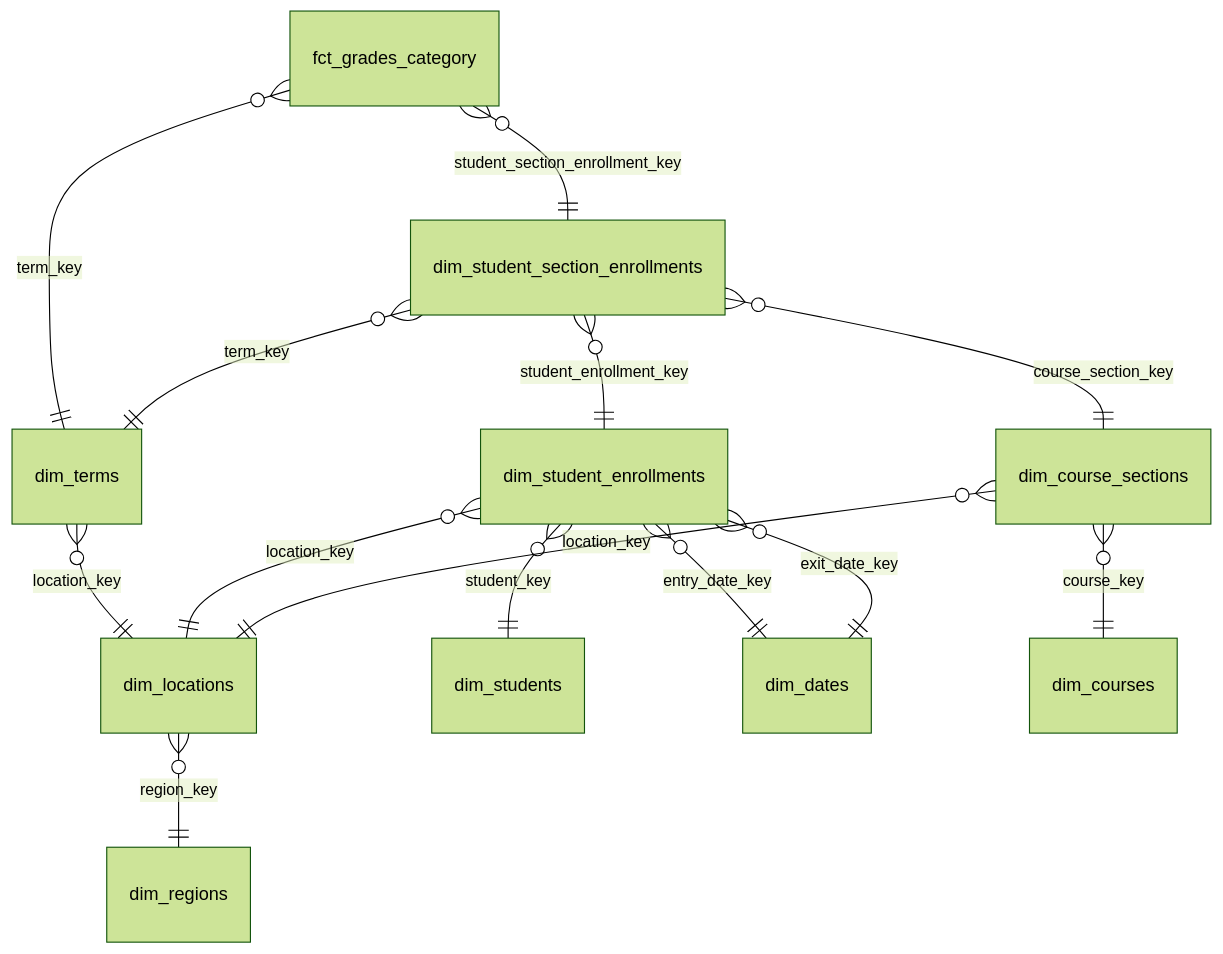
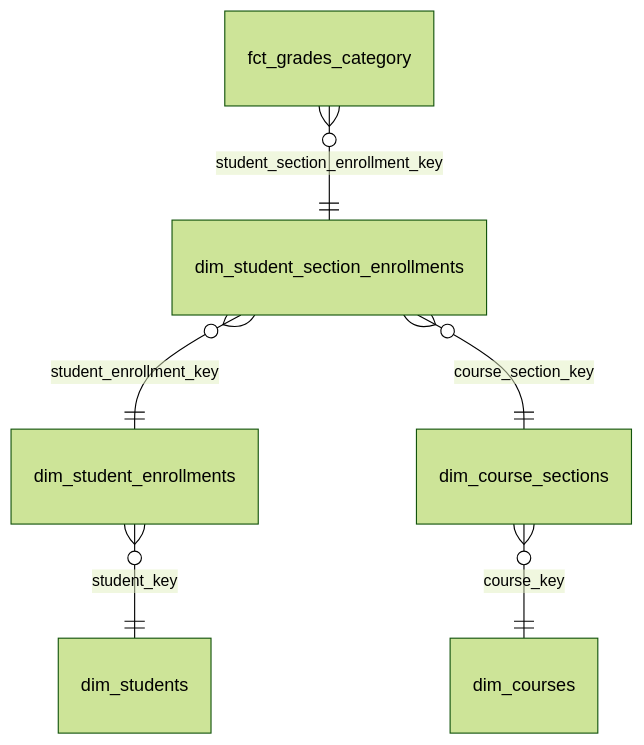
Before and after one commit to TEAMSchools/teamster: the seventh of 24 diagrams in docs/reference/marts-data-models.md, drawn with Mermaid (forest theme). The commit also changed other lines of this file and 2 other files, not shown here.

First line of the commit message:
docs(marts): omit conformed dimensions from snowflake diagrams

````diff
--- a/docs/reference/marts-data-models.md
+++ b/docs/reference/marts-data-models.md
@@ -179,16 +141,8 @@
 ```mermaid
 erDiagram
   fct_grades_category }o--|| dim_student_section_enrollments : "student_section_enrollment_key"
-  fct_grades_category }o--|| dim_terms : "term_key"
   dim_student_section_enrollments }o--|| dim_student_enrollments : "student_enrollment_key"
   dim_student_section_enrollments }o--|| dim_course_sections : "course_section_key"
-  dim_student_section_enrollments }o--|| dim_terms : "term_key"
-  dim_terms }o--|| dim_locations : "location_key"
   dim_student_enrollments }o--|| dim_students : "student_key"
-  dim_student_enrollments }o--|| dim_locations : "location_key"
-  dim_student_enrollments }o--|| dim_dates : "entry_date_key"
-  dim_student_enrollments }o--|| dim_dates : "exit_date_key"
   dim_course_sections }o--|| dim_courses : "course_key"
-  dim_course_sections }o--|| dim_locations : "location_key"
-  dim_locations }o--|| dim_regions : "region_key"
 ```
````
